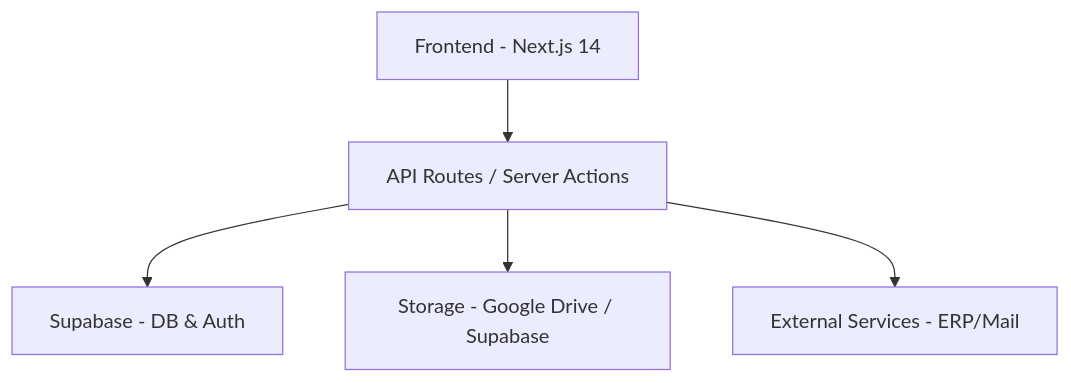
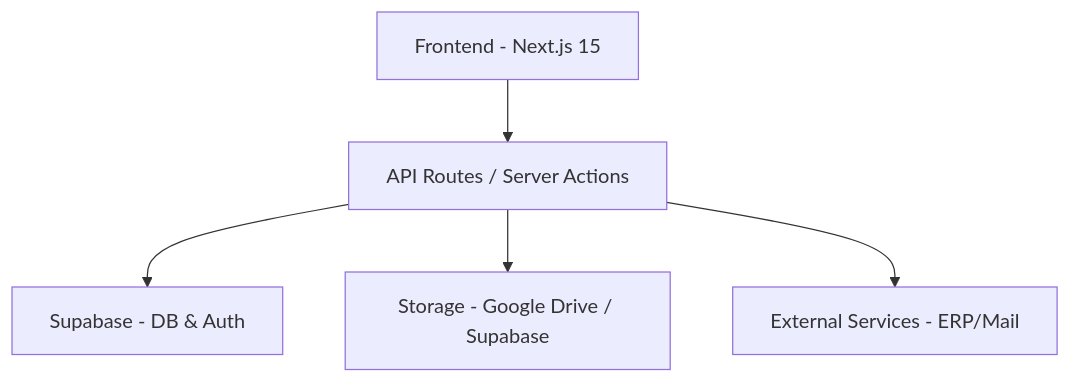
The diagram in README.md (Caiolinooo/painelabz), drawn with Mermaid before and after one commit. The commit also changed other lines of this file and 38 other files, not shown here.

````diff
--- a/README.md
+++ b/README.md
@@ -389,7 +389,7 @@
 ```mermaid
 graph TB
-    A[Frontend - Next.js 14] --> B[API Routes / Server Actions]
+    A[Frontend - Next.js 15] --> B[API Routes / Server Actions]
     B --> C[Supabase - DB & Auth]
     B --> D[Storage - Google Drive / Supabase]
     B --> E[External Services - ERP/Mail]
 ```
````
